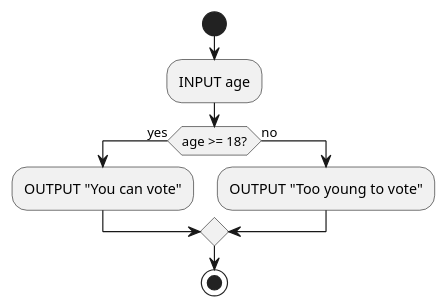
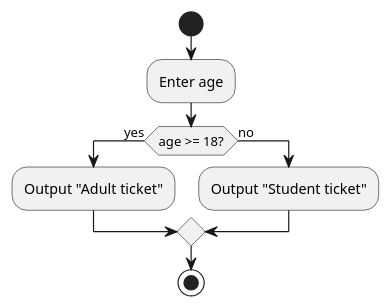
One commit to Eatham532/Software-Engineering-HSC-Textbook changed the third of 7 diagrams in docs/Year11/ProgrammingFundamentals/Chapter-02-Designing-Algorithms/02-03-Pseudocode-and-Flowcharts/index.md. Above: the diagram before and after it, drawn with PlantUML. The commit also changed other lines of this file and 3 other files, not shown here.

Commit message:
fix: remove references to plantuml and rewrite flowchart section

````diff
--- a/docs/Year11/ProgrammingFundamentals/Chapter-02-Designing-Algorithms/02-03-Pseudocode-and-Flowcharts/index.md
+++ b/docs/Year11/ProgrammingFundamentals/Chapter-02-Designing-Algorithms/02-03-Pseudocode-and-Flowcharts/index.md
@@ -258,13 +271,12 @@
 ```kroki-plantuml
 @startuml
 start
-:INPUT age;
+:Enter age;
 if (age >= 18?) then (yes)
-  :OUTPUT "You can vote";
+  :Output "Adult ticket";
 else (no)
-  :OUTPUT "Too young to vote";
+  :Output "Student ticket";
 endif
 stop
 @enduml
-
 ```
````
